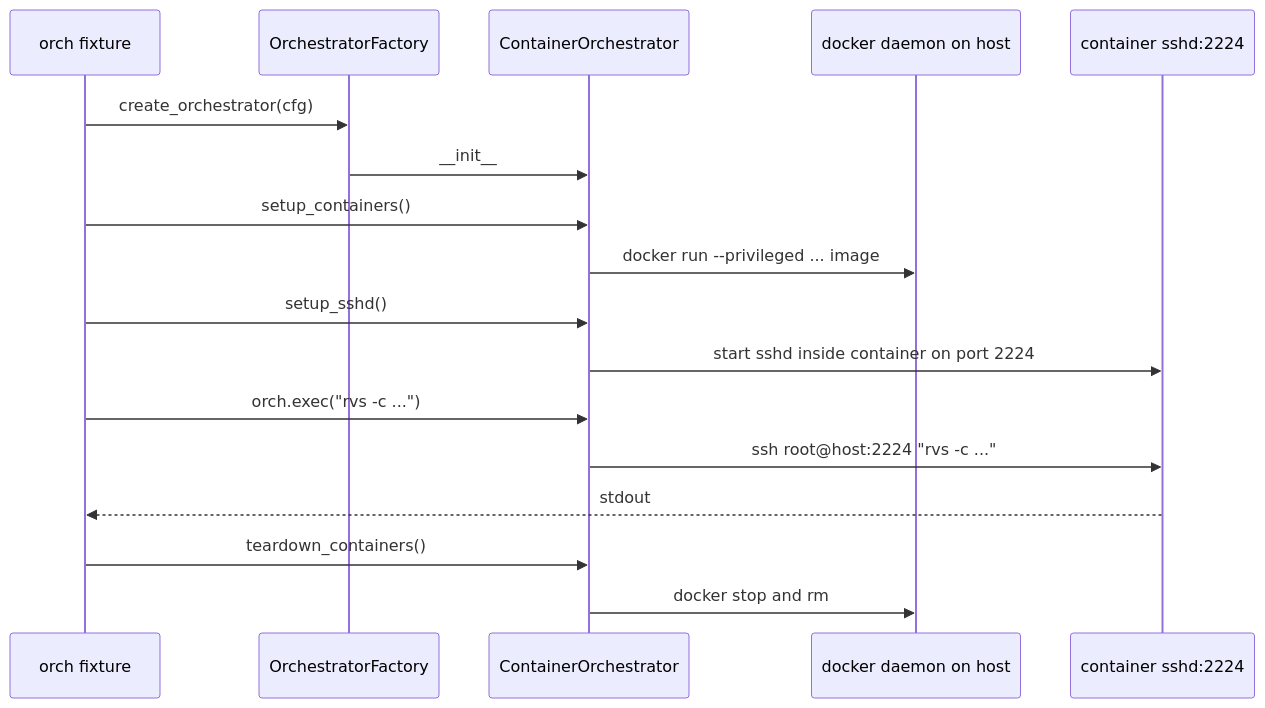
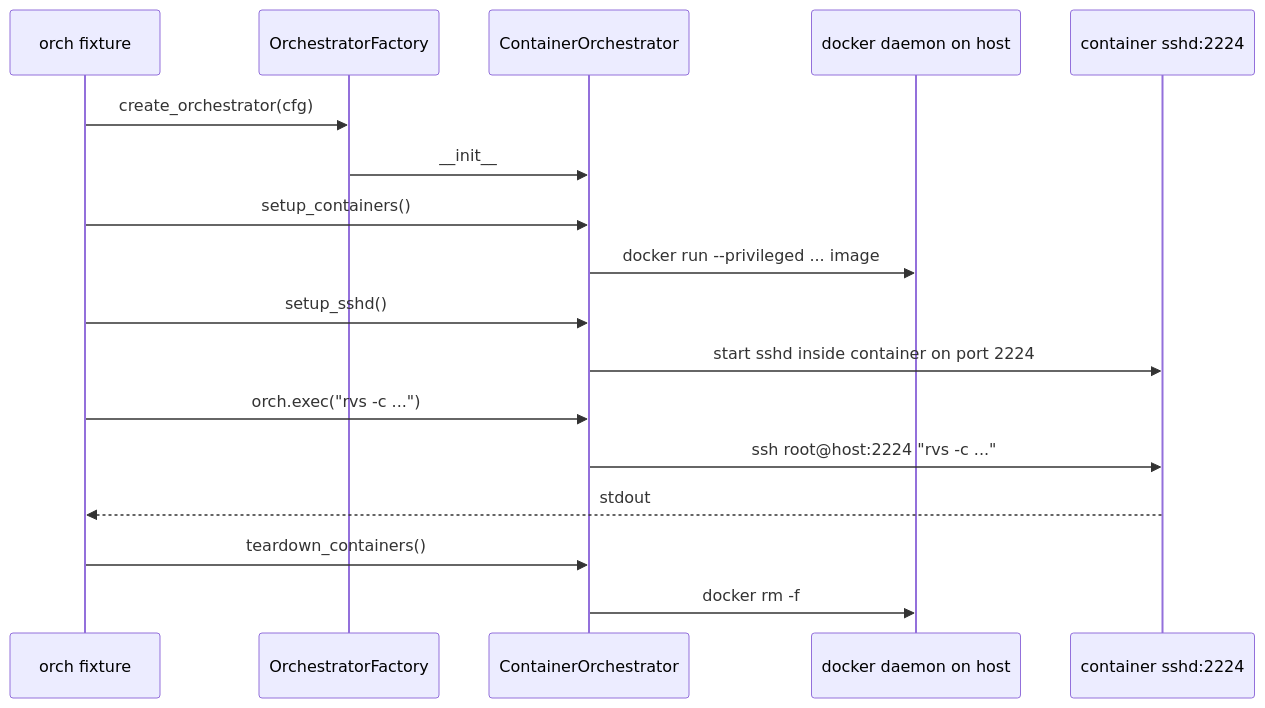
The first of 2 diagrams in cvs/input/cluster_file/README.md (ROCm/cvs), drawn with Mermaid before and after one commit. The commit also changed other lines of this file and 2 other files, not shown here.

First line of the commit message:
docs: document container.lifetime schema (replace enabled/launch)

````diff
--- a/cvs/input/cluster_file/README.md
+++ b/cvs/input/cluster_file/README.md
@@ -93,20 +93,20 @@
 ```mermaid
 sequenceDiagram
     participant TestFix as orch fixture
     participant Factory as OrchestratorFactory
     participant ContainerOrch as ContainerOrchestrator
     participant Docker as docker daemon on host
     participant Sshd as container sshd:2224
 
     TestFix->>Factory: create_orchestrator(cfg)
     Factory->>ContainerOrch: __init__
     TestFix->>ContainerOrch: setup_containers()
     ContainerOrch->>Docker: docker run --privileged ... image
     TestFix->>ContainerOrch: setup_sshd()
     ContainerOrch->>Sshd: start sshd inside container on port 2224
     TestFix->>ContainerOrch: orch.exec("rvs -c ...")
     ContainerOrch->>Sshd: ssh root@host:2224 "rvs -c ..."
     Sshd-->>TestFix: stdout
     TestFix->>ContainerOrch: teardown_containers()
-    ContainerOrch->>Docker: docker stop and rm
+    ContainerOrch->>Docker: docker rm -f
 ```
````
